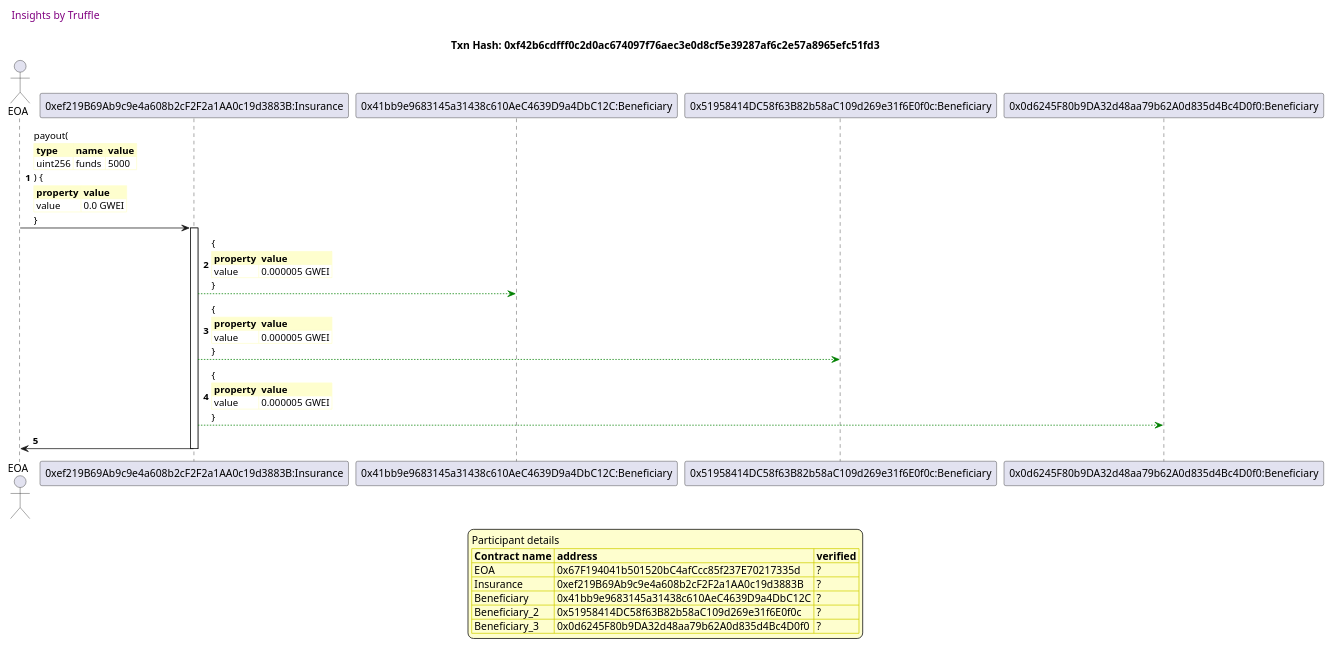
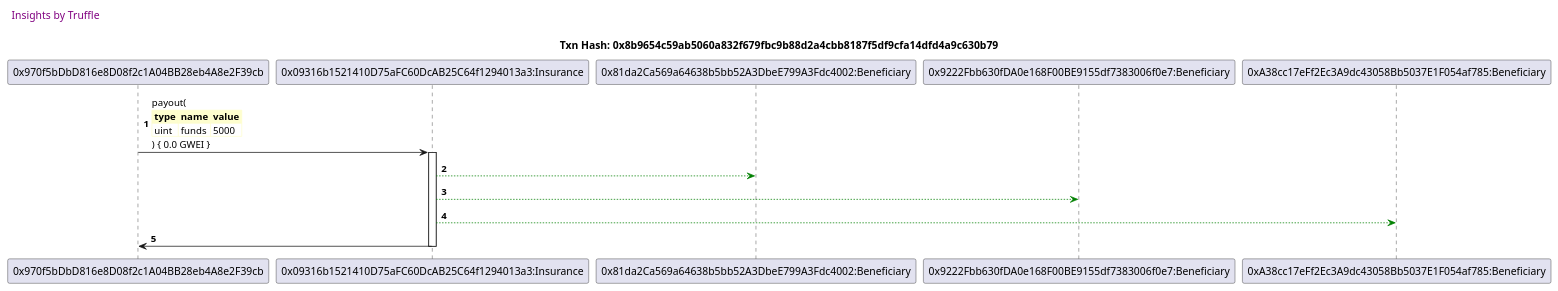
The diagram in truffle-seq/insurance.md (trufflesuite/txlog-seedlings), drawn with PlantUML before and after one commit. The commit also changed other lines of this file and 3 other files, not shown here.

````diff
--- a/truffle-seq/insurance.md
+++ b/truffle-seq/insurance.md
@@ -13,72 +13,33 @@
 ```plantuml
 
 
 @startuml
 
 autonumber
 skinparam legendBackgroundColor #FEFECE
 
 <style>
       header {
         HorizontalAlignment left
         FontColor purple
         FontSize 14
         Padding 10
       }
     </style>
 
 header Insights by Truffle
 
-title Txn Hash: 0xf42b6cdfff0c2d0ac674097f76aec3e0d8cf5e39287af6c2e57a8965efc51fd3
+title Txn Hash: 0x8b9654c59ab5060a832f679fbc9b88d2a4cbb8187f5df9cfa14dfd4a9c630b79
 
 
-actor EOA as "EOA"
-
-participant Insurance as "0xef219B69Ab9c9e4a608b2cF2F2a1AA0c19d3883B:Insurance"
-
-participant Beneficiary as "0x41bb9e9683145a31438c610AeC4639D9a4DbC12C:Beneficiary"
-
-participant Beneficiary_2 as "0x51958414DC58f63B82b58aC109d269e31f6E0f0c:Beneficiary"
-
-participant Beneficiary_3 as "0x0d6245F80b9DA32d48aa79b62A0d835d4Bc4D0f0:Beneficiary"
-
-"EOA" -> "Insurance" ++: payout(\n\
+"0x970f5bDbD816e8D08f2c1A04BB28eb4A8e2F39cb" -> "0x09316b1521410D75aFC60DcAB25C64f1294013a3:Insurance" ++: payout(\n\
 <#FEFECE,#FEFECE>|= type |= name |= value |\n\
-| uint256 | funds | 5000 |\n\
-) {\n\
-<#FEFECE,#FEFECE>|= property |= value|\n\
-| value | 0.0 GWEI |\n\
-}
-
-"Insurance" -[#green]-> "Beneficiary" : {\n\
-<#FEFECE,#FEFECE>|= property |= value|\n\
-| value | 0.000005 GWEI |\n\
-}
-
-"Insurance" -[#green]-> "Beneficiary_2" : {\n\
-<#FEFECE,#FEFECE>|= property |= value|\n\
-| value | 0.000005 GWEI |\n\
-}
-
-"Insurance" -[#green]-> "Beneficiary_3" : {\n\
-<#FEFECE,#FEFECE>|= property |= value|\n\
-| value | 0.000005 GWEI |\n\
-}
-
-"Insurance" -> "EOA" --: 
-
-
-
-legend
-Participant details
-<#FEFECE,#D0D000>|= Contract name |= address |= verified |
-<#FEFECE>| EOA | 0x67F194041b501520bC4afCcc85f237E70217335d | ? |
-<#FEFECE>| Insurance | 0xef219B69Ab9c9e4a608b2cF2F2a1AA0c19d3883B | ? |
-<#FEFECE>| Beneficiary | 0x41bb9e9683145a31438c610AeC4639D9a4DbC12C | ? |
-<#FEFECE>| Beneficiary_2 | 0x51958414DC58f63B82b58aC109d269e31f6E0f0c | ? |
-<#FEFECE>| Beneficiary_3 | 0x0d6245F80b9DA32d48aa79b62A0d835d4Bc4D0f0 | ? |
-endlegend
-
+| uint | funds | 5000 |\n\
+) { 0.0 GWEI }
+"0x09316b1521410D75aFC60DcAB25C64f1294013a3:Insurance" -[#green]-> "0x81da2Ca569a64638b5bb52A3DbeE799A3Fdc4002:Beneficiary" : 
+"0x09316b1521410D75aFC60DcAB25C64f1294013a3:Insurance" -[#green]-> "0x9222Fbb630fDA0e168F00BE9155df7383006f0e7:Beneficiary" : 
+"0x09316b1521410D75aFC60DcAB25C64f1294013a3:Insurance" -[#green]-> "0xA38cc17eFf2Ec3A9dc43058Bb5037E1F054af785:Beneficiary" : 
+"0x09316b1521410D75aFC60DcAB25C64f1294013a3:Insurance" -> "0x970f5bDbD816e8D08f2c1A04BB28eb4A8e2F39cb" --: 
 
 @enduml
 ```
````
